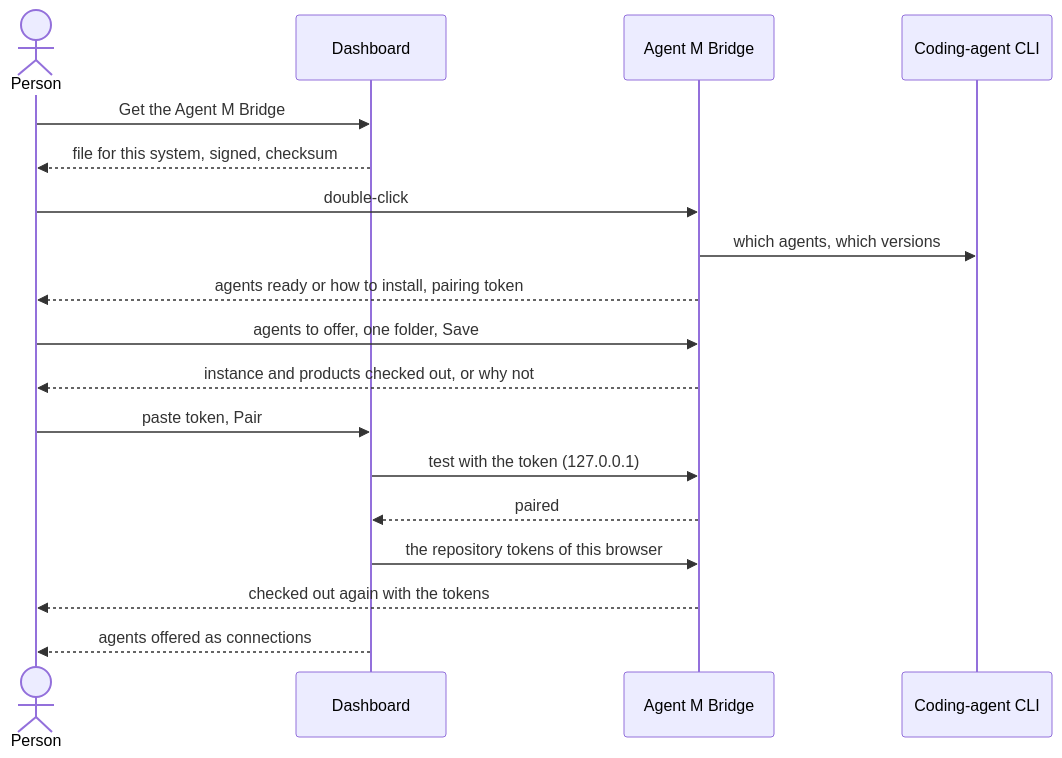
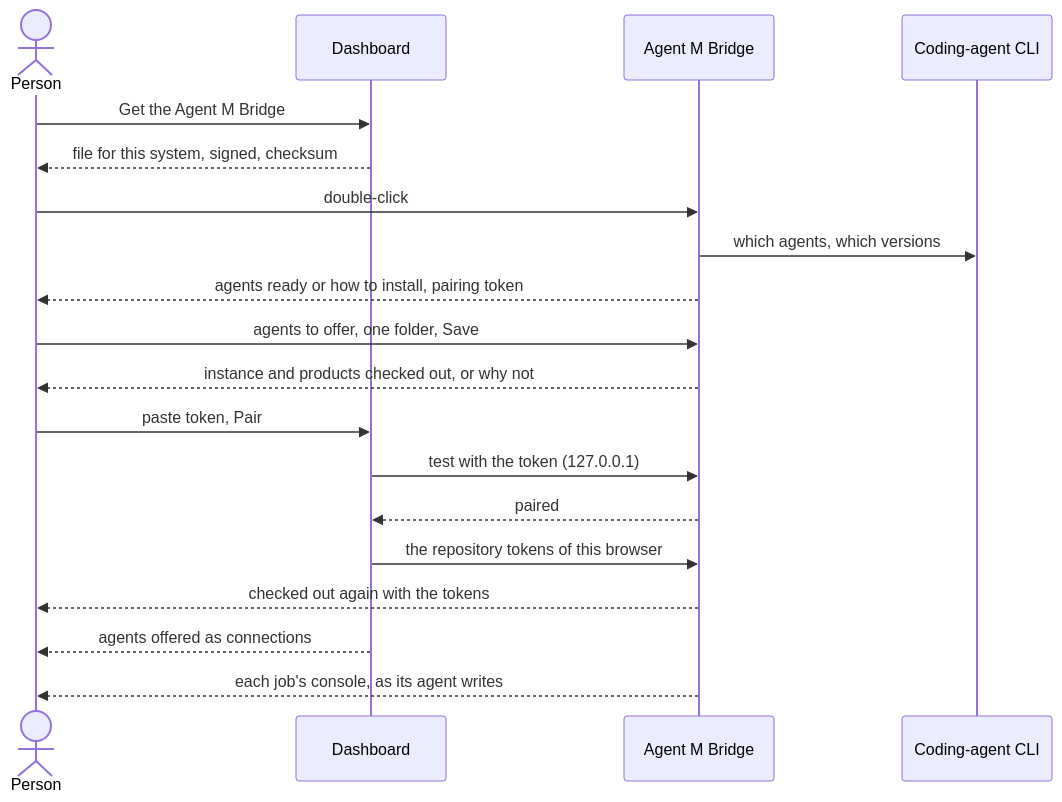
The diagram in docs/use-cases/UC-044-install-and-pair-the-bridge.md (akmaier/agent-m), drawn with Mermaid before and after one commit. The commit also changed other lines of this file and 7 other files, not shown here.

````diff
--- a/docs/use-cases/UC-044-install-and-pair-the-bridge.md
+++ b/docs/use-cases/UC-044-install-and-pair-the-bridge.md
@@ -106,20 +112,21 @@
 ```mermaid
 sequenceDiagram
     actor P as Person
     participant D as Dashboard
     participant B as Agent M Bridge
     participant C as Coding-agent CLI
     P->>D: Get the Agent M Bridge
     D-->>P: file for this system, signed, checksum
     P->>B: double-click
     B->>C: which agents, which versions
     B-->>P: agents ready or how to install, pairing token
     P->>B: agents to offer, one folder, Save
     B-->>P: instance and products checked out, or why not
     P->>D: paste token, Pair
     D->>B: test with the token (127.0.0.1)
     B-->>D: paired
     D->>B: the repository tokens of this browser
     B-->>P: checked out again with the tokens
     D-->>P: agents offered as connections
+    B-->>P: each job's console, as its agent writes
 ```
````
